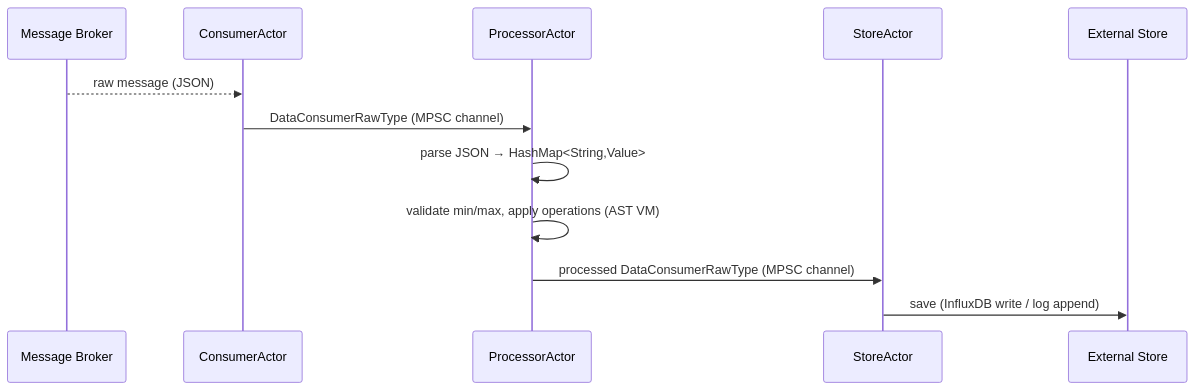
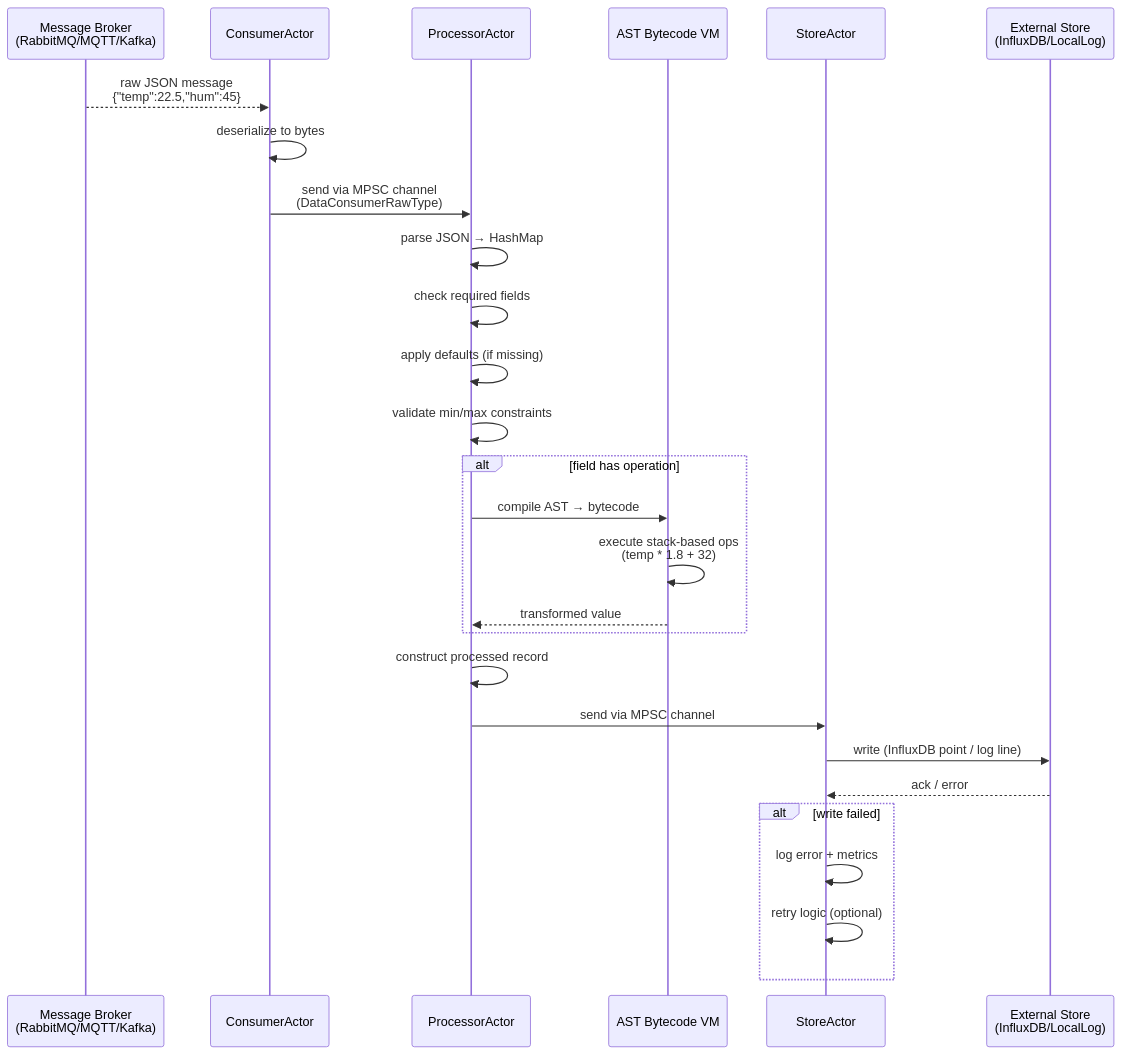
One commit to IoT-bees/iot-bee-pipeline-core changed the third of 5 diagrams in README.md. Above: the diagram before and after it, drawn with Mermaid. The commit also changed other lines of this file and 1 other file, not shown here.

First line of the commit message:
Revamps documentation with architecture diagrams and detailed guides

````diff
--- a/README.md
+++ b/README.md
@@ -80,15 +202,35 @@
 ```mermaid
 sequenceDiagram
-    participant Broker as Message Broker
+    participant Broker as Message Broker<br/>(RabbitMQ/MQTT/Kafka)
     participant CA as ConsumerActor
     participant PA as ProcessorActor
+    participant VM as AST Bytecode VM
     participant SA as StoreActor
-    participant Store as External Store
+    participant Store as External Store<br/>(InfluxDB/LocalLog)
 
-    Broker-->>CA: raw message (JSON)
-    CA->>PA: DataConsumerRawType (MPSC channel)
-    PA->>PA: parse JSON → HashMap<String,Value>
-    PA->>PA: validate min/max, apply operations (AST VM)
-    PA->>SA: processed DataConsumerRawType (MPSC channel)
-    SA->>Store: save (InfluxDB write / log append)
+    Broker-->>CA: raw JSON message<br/>{"temp":22.5,"hum":45}
+    CA->>CA: deserialize to bytes
+    CA->>PA: send via MPSC channel<br/>(DataConsumerRawType)
+    
+    PA->>PA: parse JSON → HashMap
+    PA->>PA: check required fields
+    PA->>PA: apply defaults (if missing)
+    PA->>PA: validate min/max constraints
+    
+    alt field has operation
+        PA->>VM: compile AST → bytecode
+        VM->>VM: execute stack-based ops<br/>(temp * 1.8 + 32)
+        VM-->>PA: transformed value
+    end
+    
+    PA->>PA: construct processed record
+    PA->>SA: send via MPSC channel
+    
+    SA->>Store: write (InfluxDB point / log line)
+    Store-->>SA: ack / error
+    
+    alt write failed
+        SA->>SA: log error + metrics
+        SA->>SA: retry logic (optional)
+    end
 ```
````
